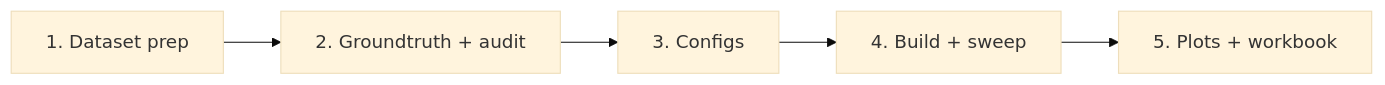
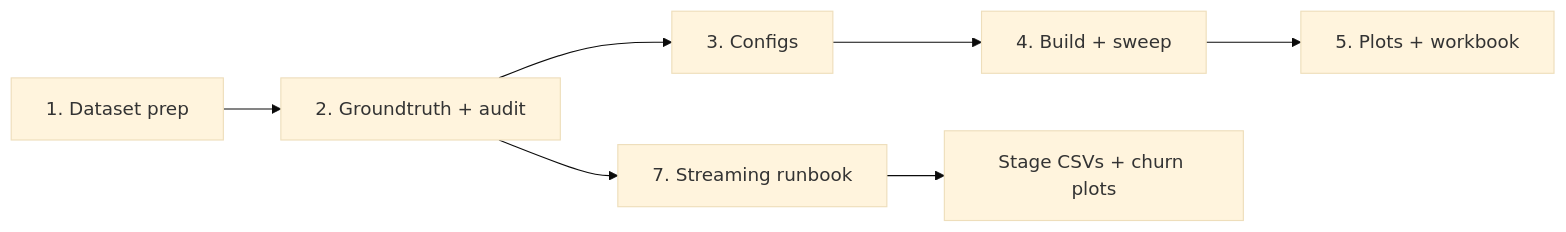
One commit to microsoft/DiskANN changed the diagram in .github/skills/graph-ivf-experiments/SKILL.md. Above: the diagram before and after it, drawn with Mermaid (base theme). The commit also changed other lines of this file and 27 other files, not shown here.

Commit message:
Harden online graph-IVF runbook benchmarks

````diff
--- a/.github/skills/graph-ivf-experiments/SKILL.md
+++ b/.github/skills/graph-ivf-experiments/SKILL.md
@@ -40,7 +40,9 @@
 ```mermaid
 flowchart LR
   A[1. Dataset prep] --> B[2. Groundtruth + audit]
   B --> C[3. Configs]
   C --> D[4. Build + sweep]
   D --> E[5. Plots + workbook]
+  B --> R[7. Streaming runbook]
+  R --> X[Stage CSVs + churn plots]
 ```
````
